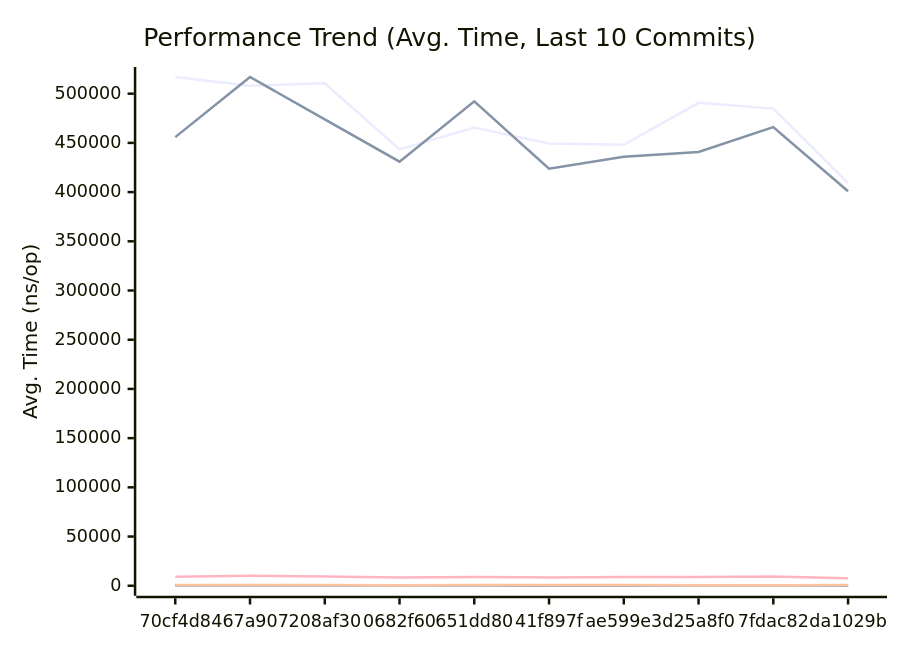
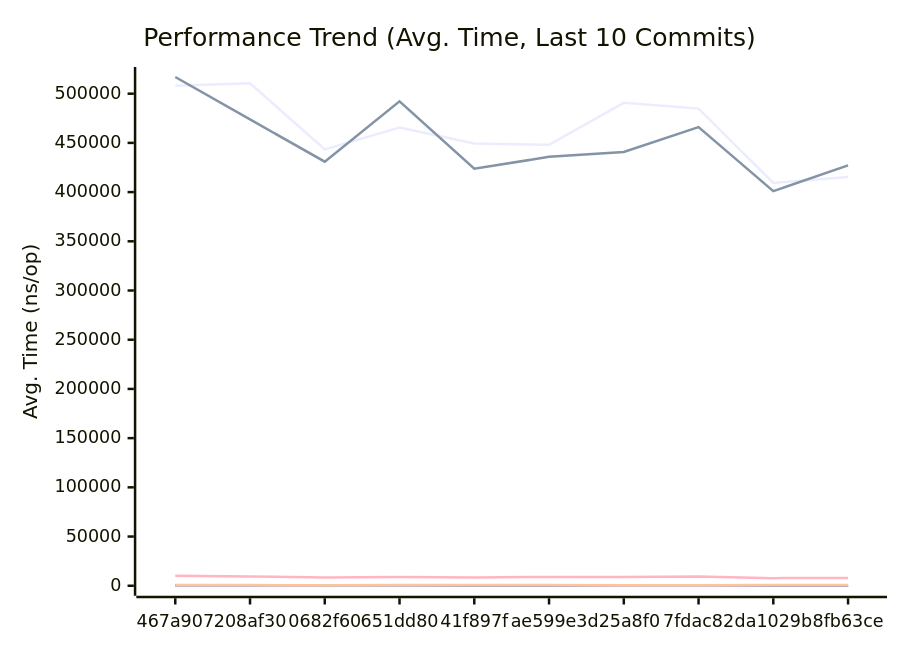
One commit to alsotoes/momo changed the first of 3 diagrams in docs/PERFORMANCE.md. Above: the diagram before and after it, drawn with Mermaid. The commit also changed other lines of this file and 3 other files, not shown here.

````diff
--- a/docs/PERFORMANCE.md
+++ b/docs/PERFORMANCE.md
@@ -144,20 +145,20 @@
 ```mermaid
 xychart-beta
     title "Performance Trend (Avg. Time, Last 10 Commits)"
     x-axis "Commit"
     y-axis "Avg. Time (ns/op)"
-    x-axis [70cf4d8,467a907,208af30,0682f60,651dd80,41f897f,ae599e3,d25a8f0,7fdac82,da1029b]
-    line "AWSChunkedReaderSigned" [516881,507945,510634,443312,465495,449386,448000,490719,484836,409335]
-    line "AWSChunkedReaderUnsigned" [455846,516953,473850,430915,492166,423737,435828,440689,465971,400921]
-    line "CheckMetricsAndSwap" [10,11,10,9,8,8,9,8,10,7]
-    line "CrushOptimized" [364,346,377,292,388,386,330,354,427,297]
-    line "CrushOriginal" [474,505,535,424,557,423,425,439,459,396]
+    x-axis [467a907,208af30,0682f60,651dd80,41f897f,ae599e3,d25a8f0,7fdac82,da1029b,8fb63ce]
+    line "AWSChunkedReaderSigned" [507945,510634,443312,465495,449386,448000,490719,484836,409335,415353]
+    line "AWSChunkedReaderUnsigned" [516953,473850,430915,492166,423737,435828,440689,465971,400921,427097]
+    line "CheckMetricsAndSwap" [11,10,9,8,8,9,8,10,7,8]
+    line "CrushOptimized" [346,377,292,388,386,330,354,427,297,293]
+    line "CrushOriginal" [505,535,424,557,423,425,439,459,396,411]
     line "IndexDirectTracking" [0,0,0,0,0,0,0,0,0,0]
-    line "IndexSearch" [3,3,3,3,3,2,2,2,2,2]
-    line "LoadGlobalConfig" [9076,10103,9520,8358,8807,8472,8919,8791,9473,7743]
-    line "PadString" [45,50,50,38,50,47,41,47,46,38]
+    line "IndexSearch" [3,3,3,3,2,2,2,2,2,2]
+    line "LoadGlobalConfig" [10103,9520,8358,8807,8472,8919,8791,9473,7743,7862]
+    line "PadString" [50,50,38,50,47,41,47,46,38,38]
     line "ParseReplicationOrder_NoPrealloc" [350,349,357,354,345,225,229,165,232,234]
     line "ParseReplicationOrder_Prealloc" [229,231,237,234,229,108,107,80,110,109]
-    line "SanitizeLog/Safe" [429,578,516,490,475,259,236,446,421,213]
-    line "SanitizeLog/Unsafe" [718,732,656,551,638,691,701,564,628,658]
+    line "SanitizeLog/Safe" [578,516,490,475,259,236,446,421,213,231]
+    line "SanitizeLog/Unsafe" [732,656,551,638,691,701,564,628,658,674]
 ```
````
